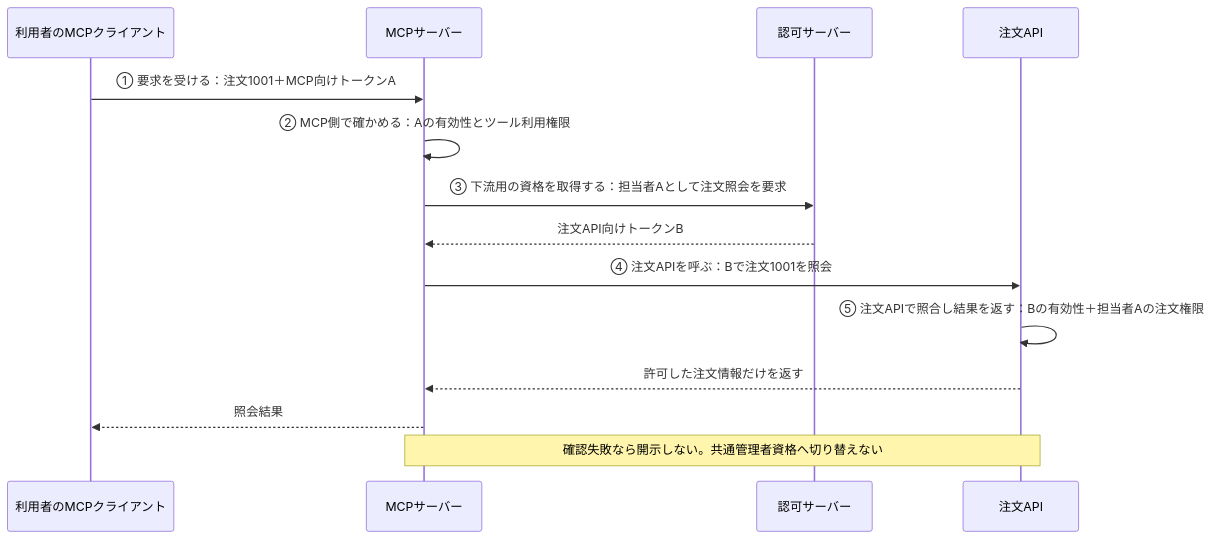
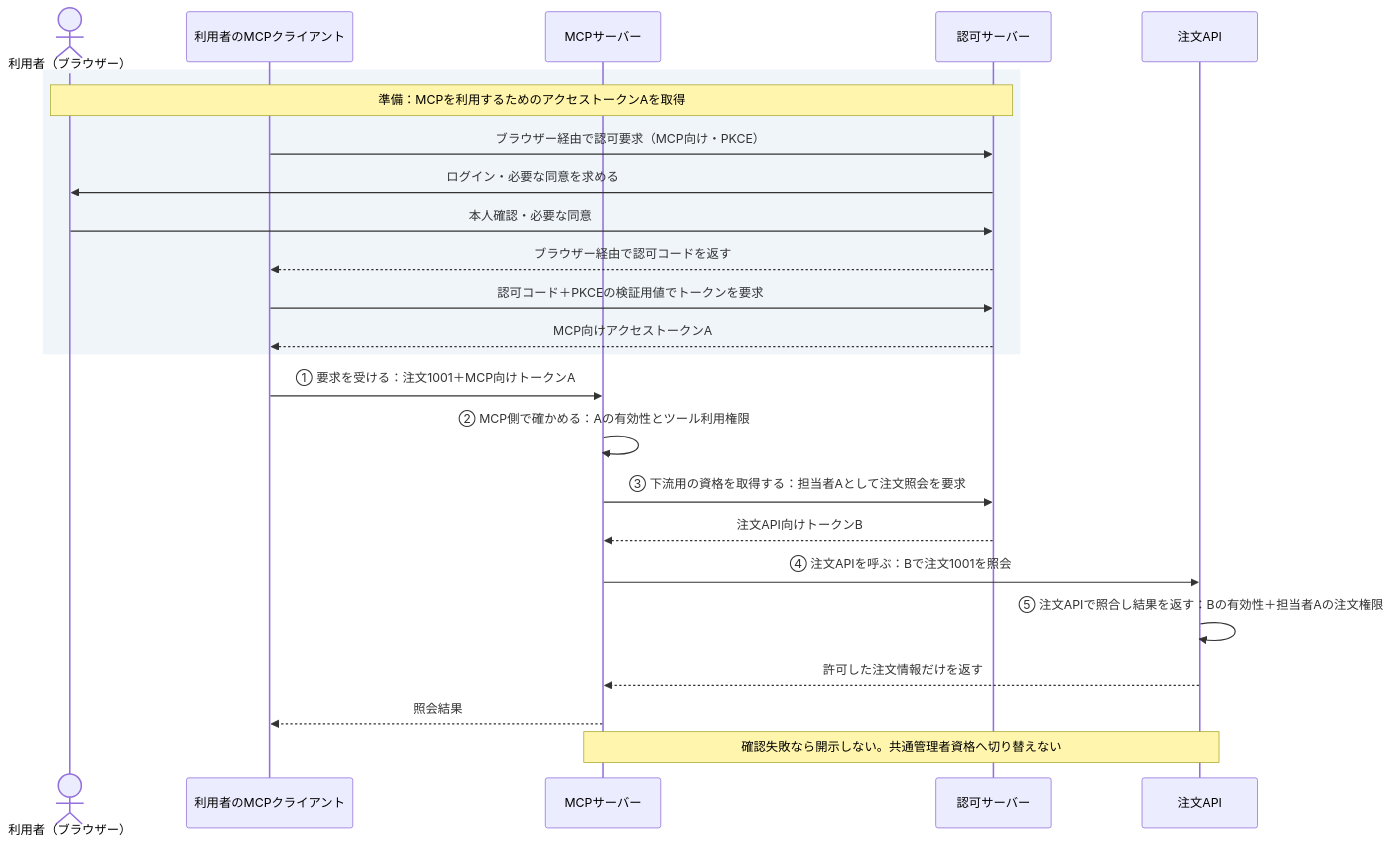
The diagram in engineering/domains/mcp/audience-bound-downstream-delegation/README.md (DharmaDoll/ai-security-foundry), drawn with Mermaid before and after one commit. The commit also changed other lines of this file, not shown here.

Commit message:
docs: show MCP access token acquisition in delegation flow

````diff
--- a/engineering/domains/mcp/audience-bound-downstream-delegation/README.md
+++ b/engineering/domains/mcp/audience-bound-downstream-delegation/README.md
@@ -65,16 +67,26 @@
 ```mermaid
 sequenceDiagram
+    actor User as 利用者（ブラウザー）
     participant Client as 利用者のMCPクライアント
     participant MCP as MCPサーバー
     participant Auth as 認可サーバー
     participant API as 注文API
+    rect rgb(240, 245, 250)
+    Note over User,Auth: 準備：MCPを利用するためのアクセストークンAを取得
+    Client->>Auth: ブラウザー経由で認可要求（MCP向け・PKCE）
+    Auth->>User: ログイン・必要な同意を求める
+    User->>Auth: 本人確認・必要な同意
+    Auth-->>Client: ブラウザー経由で認可コードを返す
+    Client->>Auth: 認可コード＋PKCEの検証用値でトークンを要求
+    Auth-->>Client: MCP向けアクセストークンA
+    end
     Client->>MCP: ① 要求を受ける：注文1001＋MCP向けトークンA
     MCP->>MCP: ② MCP側で確かめる：Aの有効性とツール利用権限
     MCP->>Auth: ③ 下流用の資格を取得する：担当者Aとして注文照会を要求
     Auth-->>MCP: 注文API向けトークンB
     MCP->>API: ④ 注文APIを呼ぶ：Bで注文1001を照会
     API->>API: ⑤ 注文APIで照合し結果を返す：Bの有効性＋担当者Aの注文権限
     API-->>MCP: 許可した注文情報だけを返す
     MCP-->>Client: 照会結果
     Note over MCP,API: 確認失敗なら開示しない。共通管理者資格へ切り替えない
 ```
````
